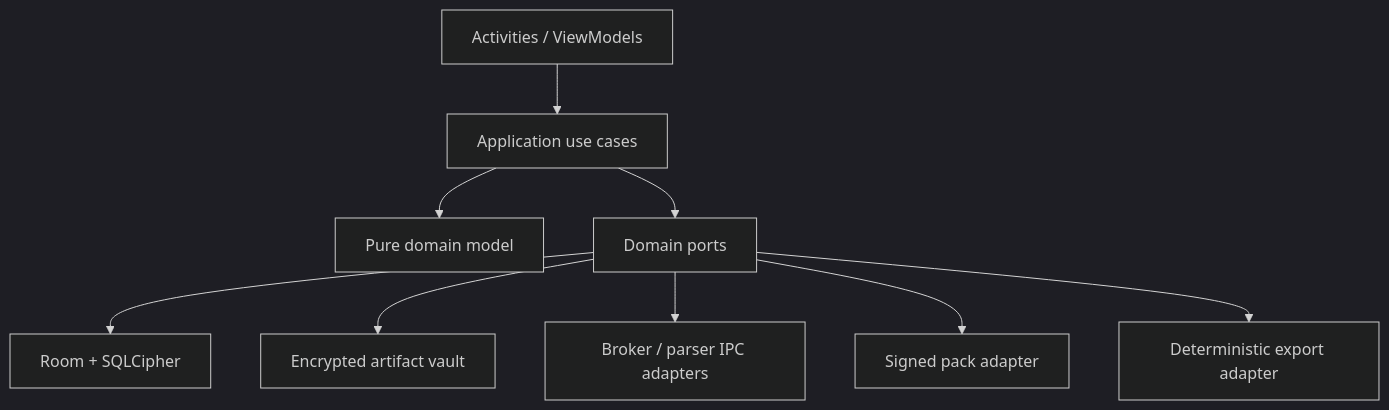
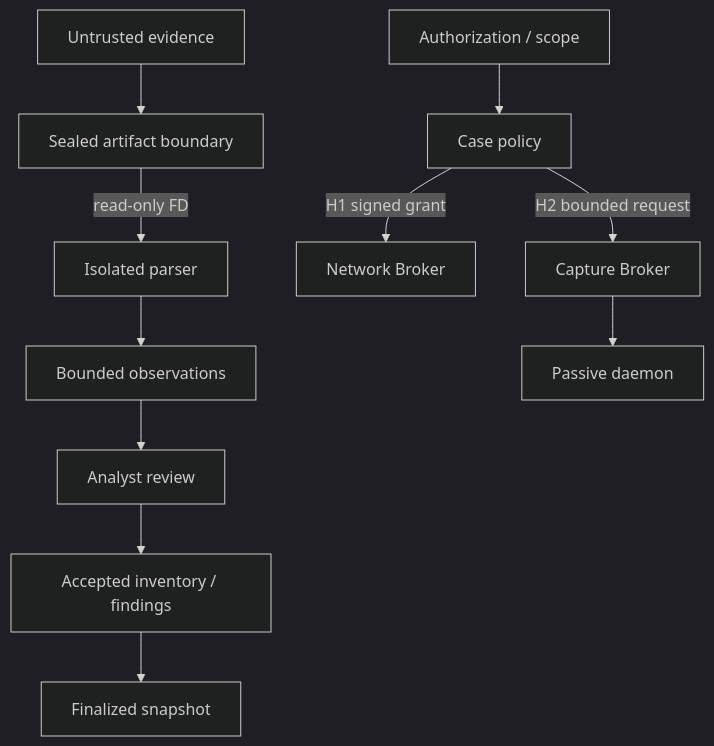
One commit to charifmahmoudi/mobile-ot-security-assessment changed the fourth of 4 diagrams in docs/architecture/SYSTEM-AND-DEPLOYMENT.md. Above: the diagram before and after it, drawn with Mermaid (dark theme). The commit also changed other lines of this file and 37 other files, not shown here.

````diff
--- a/docs/architecture/SYSTEM-AND-DEPLOYMENT.md
+++ b/docs/architecture/SYSTEM-AND-DEPLOYMENT.md
@@ -164,11 +84,13 @@
 ```mermaid
 flowchart TD
-  ACT["Activities / ViewModels"] --> USE["Application use cases"]
-  USE --> DOMAIN["Pure domain model"]
-  USE --> PORTS["Domain ports"]
-  PORTS --> DB["Room + SQLCipher"]
-  PORTS --> FILES["Encrypted artifact vault"]
-  PORTS --> IPC["Broker / parser IPC adapters"]
-  PORTS --> PACKS["Signed pack adapter"]
-  PORTS --> EXPORT["Deterministic export adapter"]
+  AUTH["Authorization / scope"] --> CASE["Case policy"]
+  FILE["Untrusted evidence"] --> VAULT["Sealed artifact boundary"]
+  VAULT -->|"read-only FD"| PARSER["Isolated parser"]
+  PARSER --> OBS["Bounded observations"]
+  OBS --> REVIEW["Analyst review"]
+  CASE -->|"H1 signed grant"| NB["Network Broker"]
+  CASE -->|"H2 bounded request"| CB["Capture Broker"]
+  CB --> DAEMON["Passive daemon"]
+  REVIEW --> MODEL["Accepted inventory / findings"]
+  MODEL --> SNAP["Finalized snapshot"]
 ```
````
